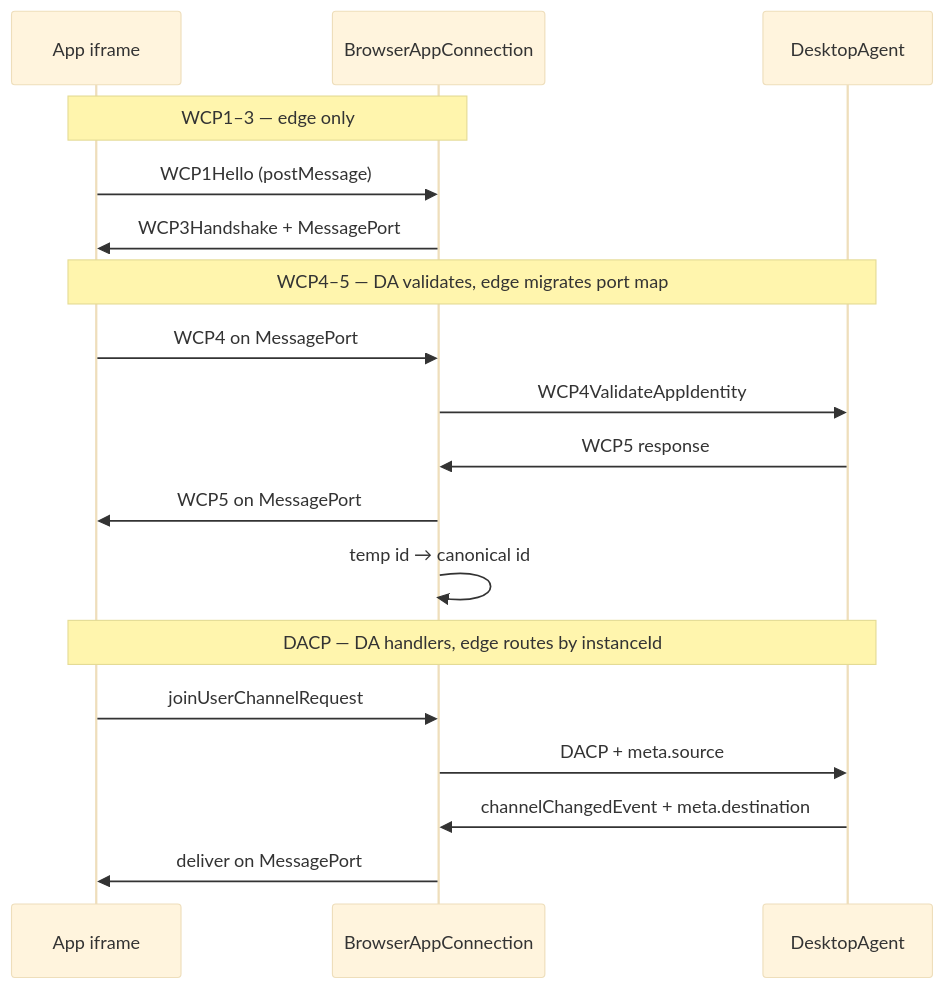
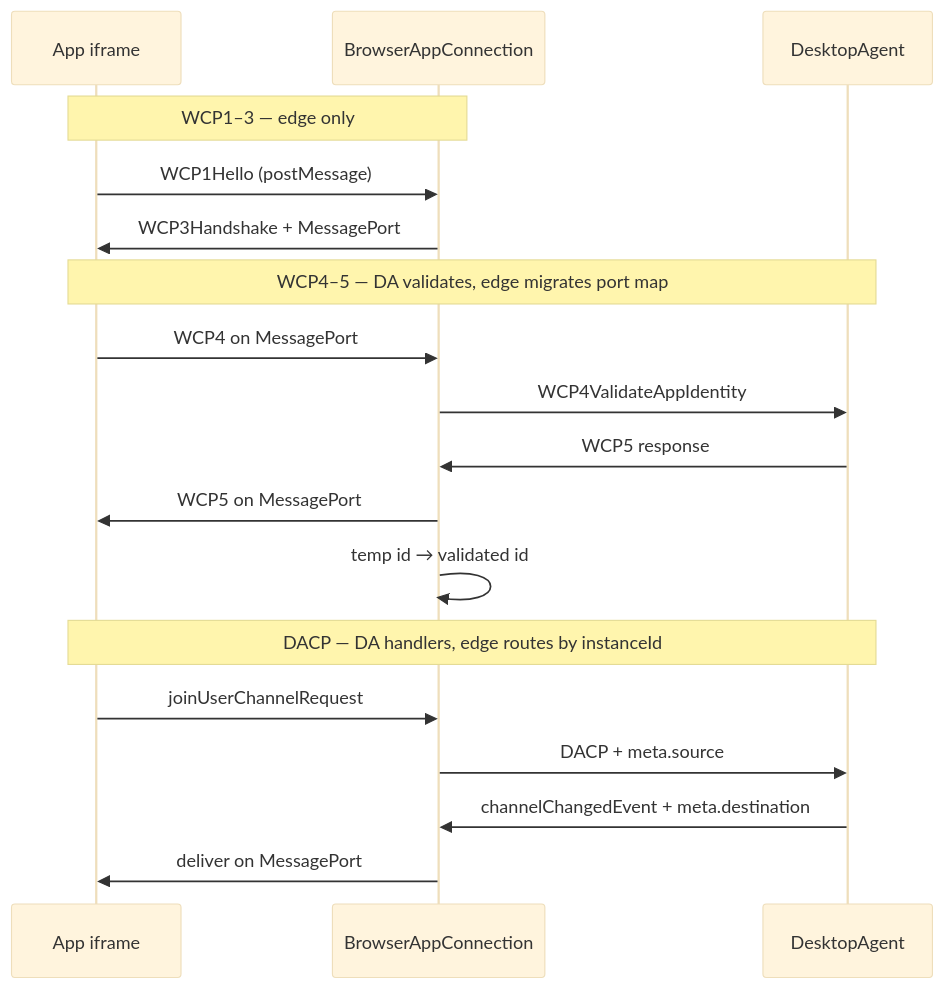
One commit to SeeWhatsOn/FDC3-Sail changed the fourth of 7 diagrams in website/docs/packages/desktop-agent/composition.md. Above: the diagram before and after it, drawn with Mermaid (base theme). The commit also changed other lines of this file and 33 other files, not shown here.

First line of the commit message:
refactor: rename WCP canonical instanceId to validated

````diff
--- a/website/docs/packages/desktop-agent/composition.md
+++ b/website/docs/packages/desktop-agent/composition.md
@@ -127,23 +127,23 @@
 ```mermaid
 sequenceDiagram
   participant App as App iframe
   participant Edge as BrowserAppConnection
   participant DA as DesktopAgent
 
   Note over App,Edge: WCP1–3 — edge only
   App->>Edge: WCP1Hello (postMessage)
   Edge->>App: WCP3Handshake + MessagePort
 
   Note over App,DA: WCP4–5 — DA validates, edge migrates port map
   App->>Edge: WCP4 on MessagePort
   Edge->>DA: WCP4ValidateAppIdentity
   DA->>Edge: WCP5 response
   Edge->>App: WCP5 on MessagePort
-  Edge->>Edge: temp id → canonical id
+  Edge->>Edge: temp id → validated id
 
   Note over App,DA: DACP — DA handlers, edge routes by instanceId
   App->>Edge: joinUserChannelRequest
   Edge->>DA: DACP + meta.source
   DA->>Edge: channelChangedEvent + meta.destination
   Edge->>App: deliver on MessagePort
 ```
````
